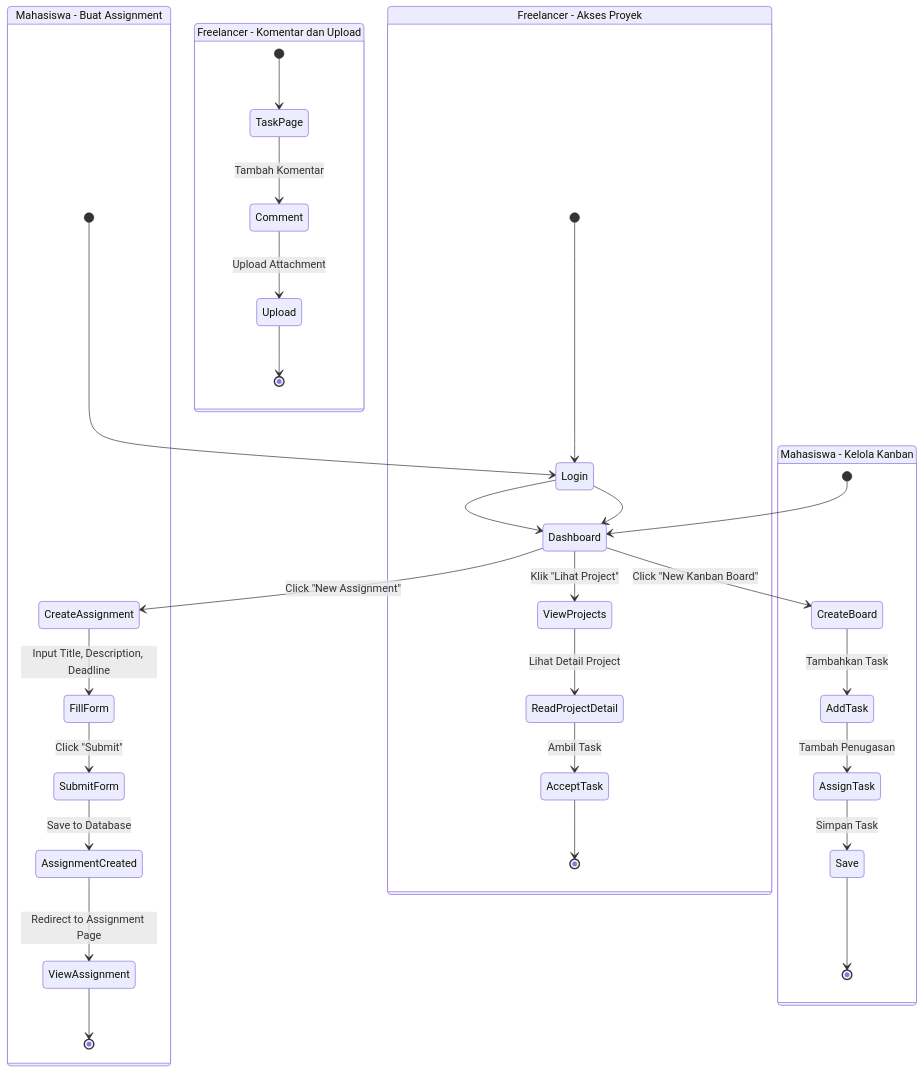
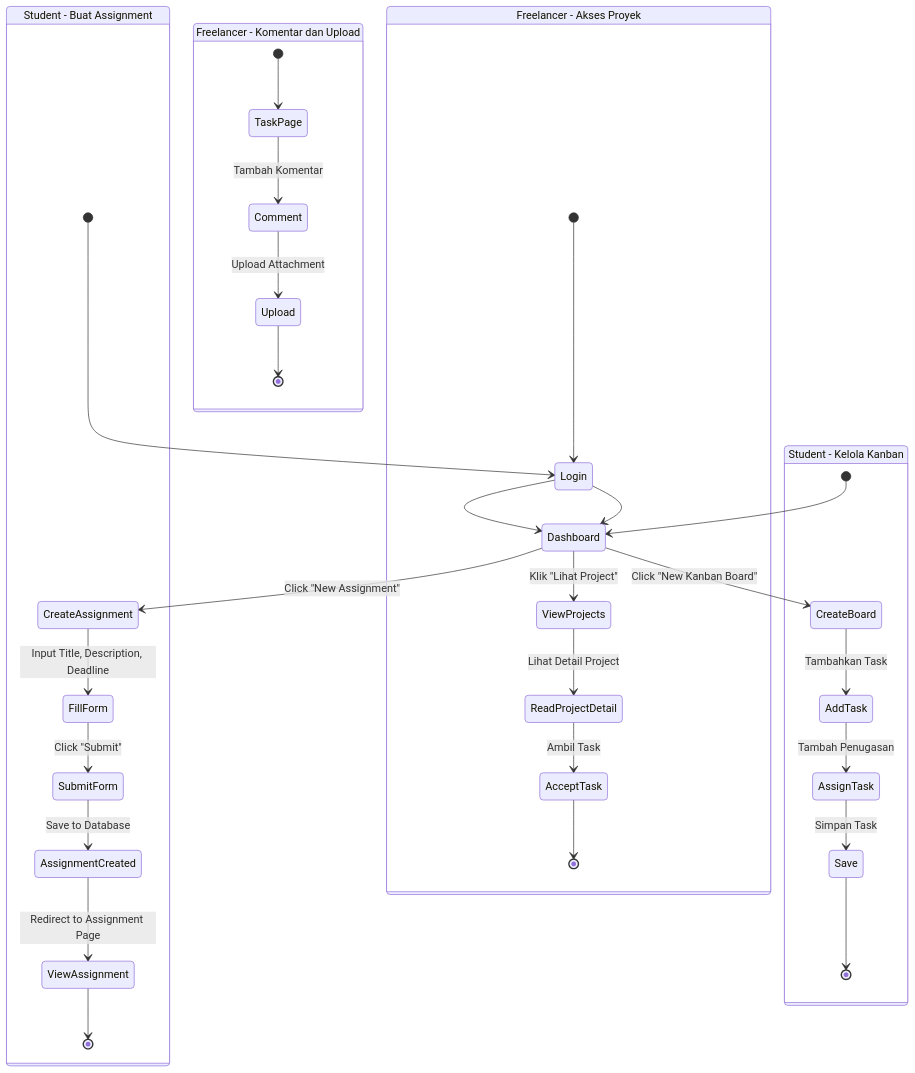
Before and after one commit to aarlazuardi/fix-sisfor-desain-sistem: the diagram in activity-diagram.md, drawn with Mermaid. The commit also changed 2 other files, not shown here.

Commit message:
Update diagram and other diagrams

````diff
--- a/activity-diagram.md
+++ b/activity-diagram.md
@@ -3,41 +3,40 @@
 ```mermaid
-%% Activity Diagram: Alur Mahasiswa dan Freelancer
+%% Activity Diagram: Alur Student dan Freelancer
 stateDiagram-v2
 
-state "Mahasiswa - Buat Assignment" as StudentAssignment {
+state "Student - Buat Assignment" as StudentAssignment {
   [*] --> Login
   Login --> Dashboard
   Dashboard --> CreateAssignment : Click "New Assignment"
   CreateAssignment --> FillForm : Input Title, Description, Deadline
   FillForm --> SubmitForm : Click "Submit"
   SubmitForm --> AssignmentCreated : Save to Database
   AssignmentCreated --> ViewAssignment : Redirect to Assignment Page
   ViewAssignment --> [*]
 }
 
-state "Mahasiswa - Kelola Kanban" as StudentKanban {
+state "Student - Kelola Kanban" as StudentKanban {
   [*] --> Dashboard
   Dashboard --> CreateBoard : Click "New Kanban Board"
   CreateBoard --> AddTask : Tambahkan Task
   AddTask --> AssignTask : Tambah Penugasan
   AssignTask --> Save : Simpan Task
   Save --> [*]
 }
 
 state "Freelancer - Akses Proyek" as FreelancerProject {
   [*] --> Login
   Login --> Dashboard
   Dashboard --> ViewProjects : Klik "Lihat Project"
   ViewProjects --> ReadProjectDetail : Lihat Detail Project
   ReadProjectDetail --> AcceptTask : Ambil Task
   AcceptTask --> [*]
 }
 
 state "Freelancer - Komentar dan Upload" as FreelancerTask {
   [*] --> TaskPage
   TaskPage --> Comment : Tambah Komentar
   Comment --> Upload : Upload Attachment
   Upload --> [*]
 }
-
 ```
````
